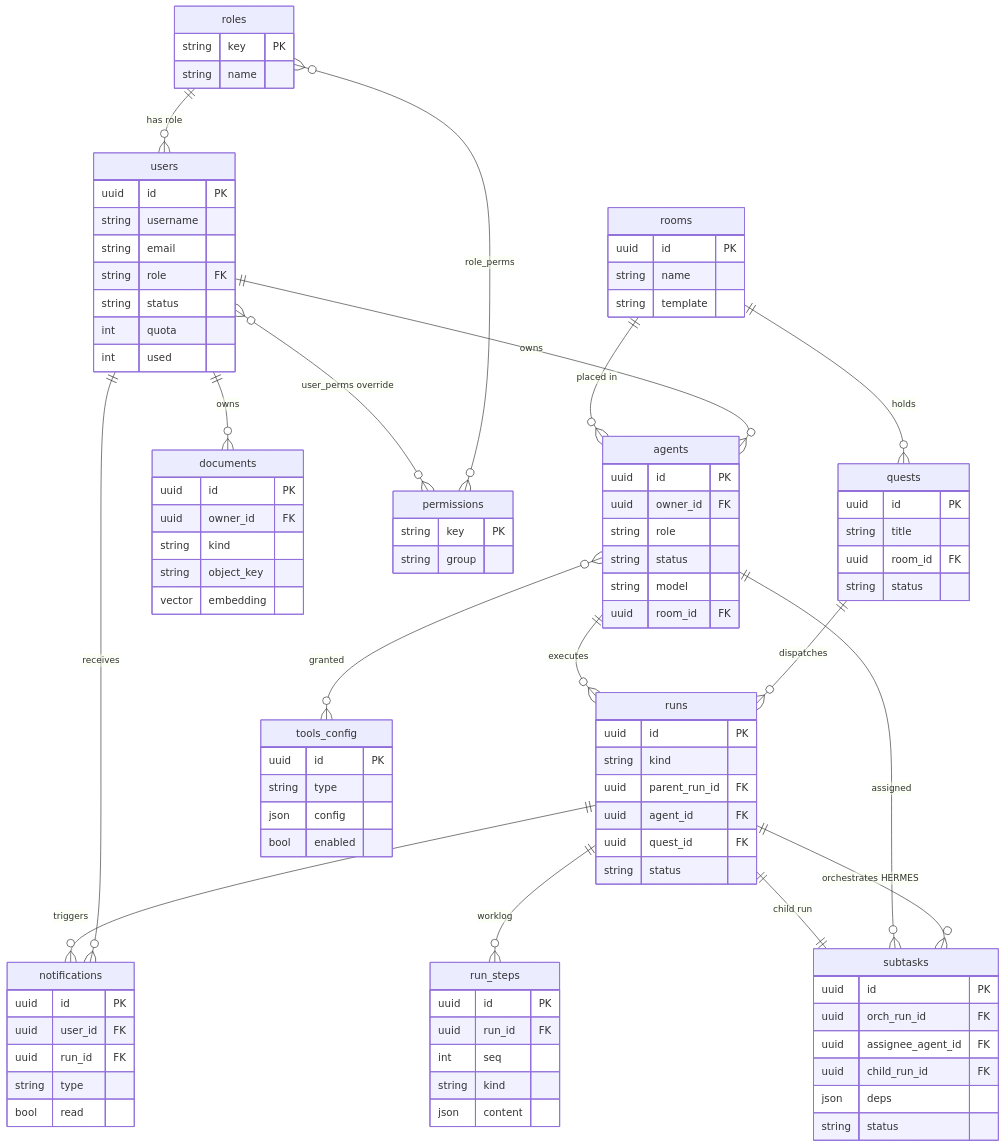
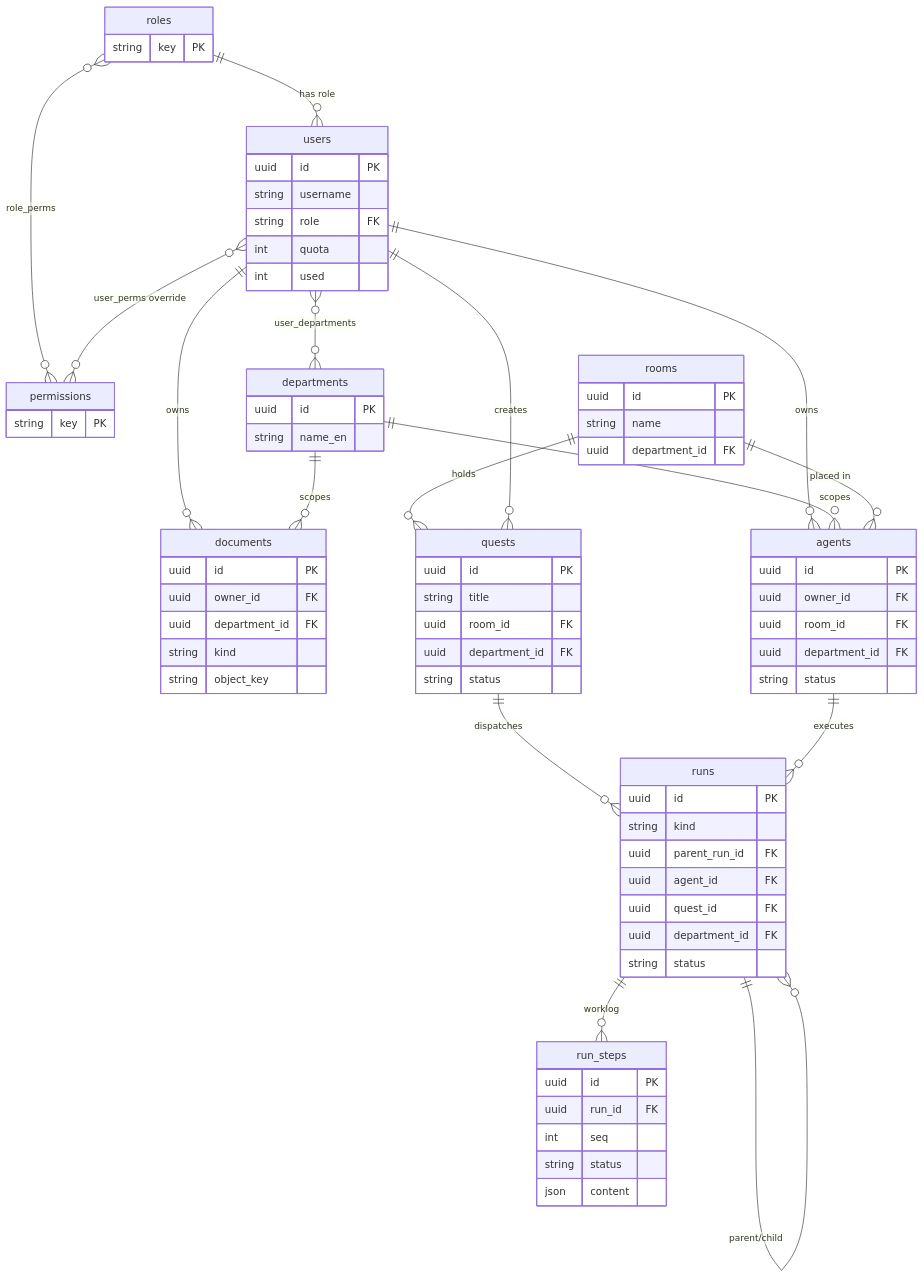
One commit to hellOoSaksit/PiKaOs changed the diagram in docs/architecture/system-design.md. Above: the diagram before and after it, drawn with Mermaid. The commit also changed other lines of this file and 10 other files, not shown here.

````diff
--- a/docs/architecture/system-design.md
+++ b/docs/architecture/system-design.md
@@ -217,75 +233,58 @@
 ```mermaid
 erDiagram
-  roles        ||--o{ users         : "has role"
-  users        ||--o{ agents        : owns
-  users        ||--o{ documents     : owns
-  users        ||--o{ notifications : receives
-  roles        }o--o{ permissions   : role_perms
-  users        }o--o{ permissions   : "user_perms override"
-  rooms        ||--o{ quests        : holds
-  rooms        ||--o{ agents        : "placed in"
-  quests       ||--o{ runs          : dispatches
-  agents       ||--o{ runs          : executes
-  runs         ||--o{ run_steps     : worklog
-  runs         ||--o{ subtasks      : "orchestrates HERMES"
-  agents       ||--o{ subtasks      : assigned
-  subtasks     ||--|| runs          : "child run"
-  agents       }o--o{ tools_config  : granted
-  runs         ||--o{ notifications : triggers
+  roles        ||--o{ users             : "has role"
+  roles        }o--o{ permissions       : role_perms
+  users        }o--o{ permissions       : "user_perms override"
+  users        }o--o{ departments       : user_departments
+  users        ||--o{ documents         : owns
+  departments  ||--o{ documents         : scopes
+  users        ||--o{ agents            : owns
+  departments  ||--o{ agents            : scopes
+  rooms        ||--o{ agents            : "placed in"
+  rooms        ||--o{ quests            : holds
+  users        ||--o{ quests            : creates
+  quests       ||--o{ runs              : dispatches
+  agents       ||--o{ runs              : executes
+  runs         ||--o{ runs              : "parent/child"
+  runs         ||--o{ run_steps         : worklog
 
-  users        { uuid id PK
-                 string username
-                 string email
-                 string role FK
-                 string status
-                 int quota
-                 int used }
-  documents    { uuid id PK
-                 uuid owner_id FK
-                 string kind
-                 string object_key
-                 vector embedding }
-  agents       { uuid id PK
-                 uuid owner_id FK
-                 string role
-                 string status
-                 string model
-                 uuid room_id FK }
-  rooms        { uuid id PK
-                 string name
-                 string template }
-  quests       { uuid id PK
-                 string title
-                 uuid room_id FK
-                 string status }
-  runs         { uuid id PK
-                 string kind
-                 uuid parent_run_id FK
-                 uuid agent_id FK
-                 uuid quest_id FK
-                 string status }
-  subtasks     { uuid id PK
-                 uuid orch_run_id FK
-                 uuid assignee_agent_id FK
-                 uuid child_run_id FK
-                 json deps
-                 string status }
-  run_steps    { uuid id PK
-                 uuid run_id FK
-                 int seq
-                 string kind
-                 json content }
-  tools_config { uuid id PK
-                 string type
-                 json config
-                 bool enabled }
-  roles        { string key PK
-                 string name }
-  permissions  { string key PK
-                 string group }
-  notifications { uuid id PK
-                  uuid user_id FK
+  users         { uuid id PK
+                  string username
+                  string role FK
+                  int quota
+                  int used }
+  departments   { uuid id PK
+                  string name_en }
+  roles         { string key PK }
+  permissions   { string key PK }
+  documents     { uuid id PK
+                  uuid owner_id FK
+                  uuid department_id FK
+                  string kind
+                  string object_key }
+  rooms         { uuid id PK
+                  string name
+                  uuid department_id FK }
+  agents        { uuid id PK
+                  uuid owner_id FK
+                  uuid room_id FK
+                  uuid department_id FK
+                  string status }
+  quests        { uuid id PK
+                  string title
+                  uuid room_id FK
+                  uuid department_id FK
+                  string status }
+  runs          { uuid id PK
+                  string kind
+                  uuid parent_run_id FK
+                  uuid agent_id FK
+                  uuid quest_id FK
+                  uuid department_id FK
+                  string status }
+  run_steps     { uuid id PK
                   uuid run_id FK
-                  string type
-                  bool read }
+                  int seq
+                  string status
+                  json content }
 ```
````
